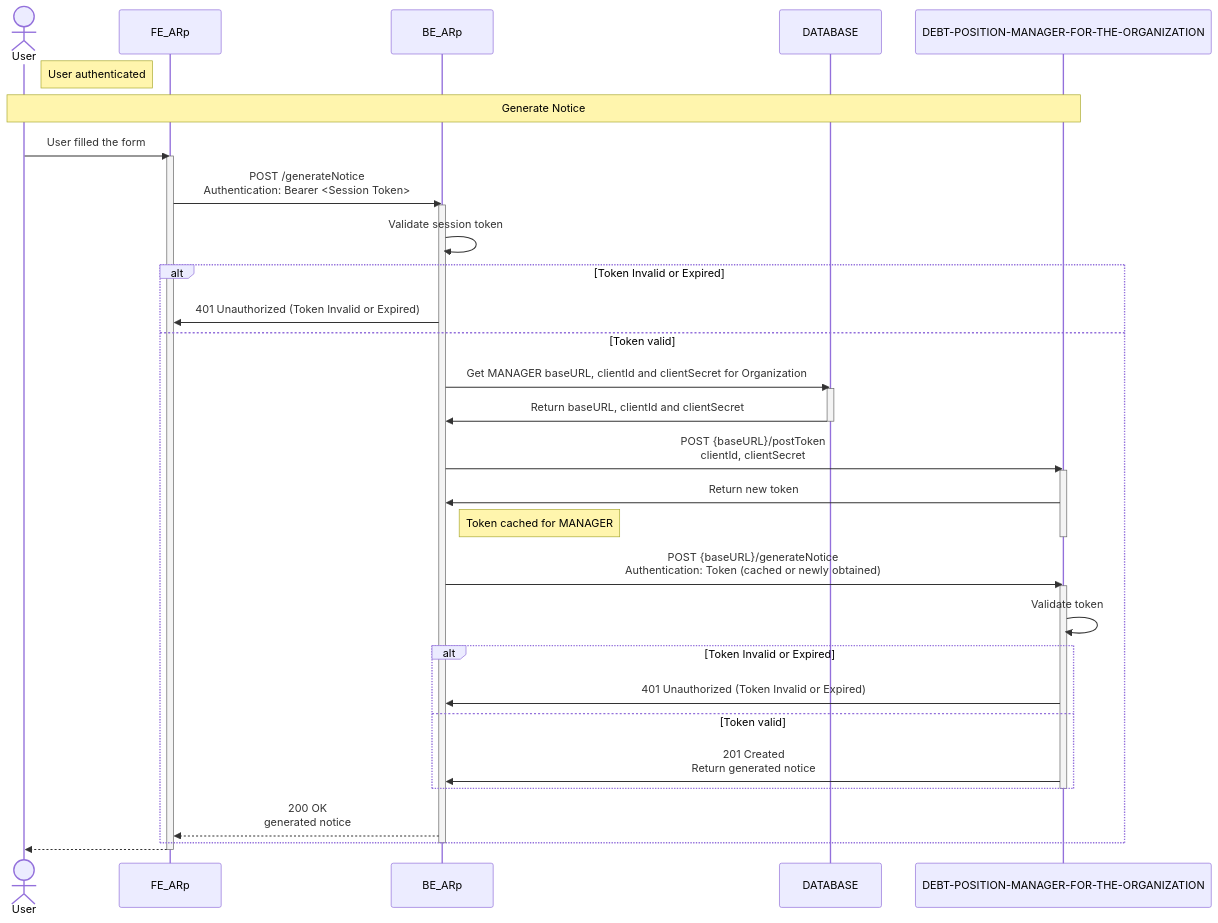
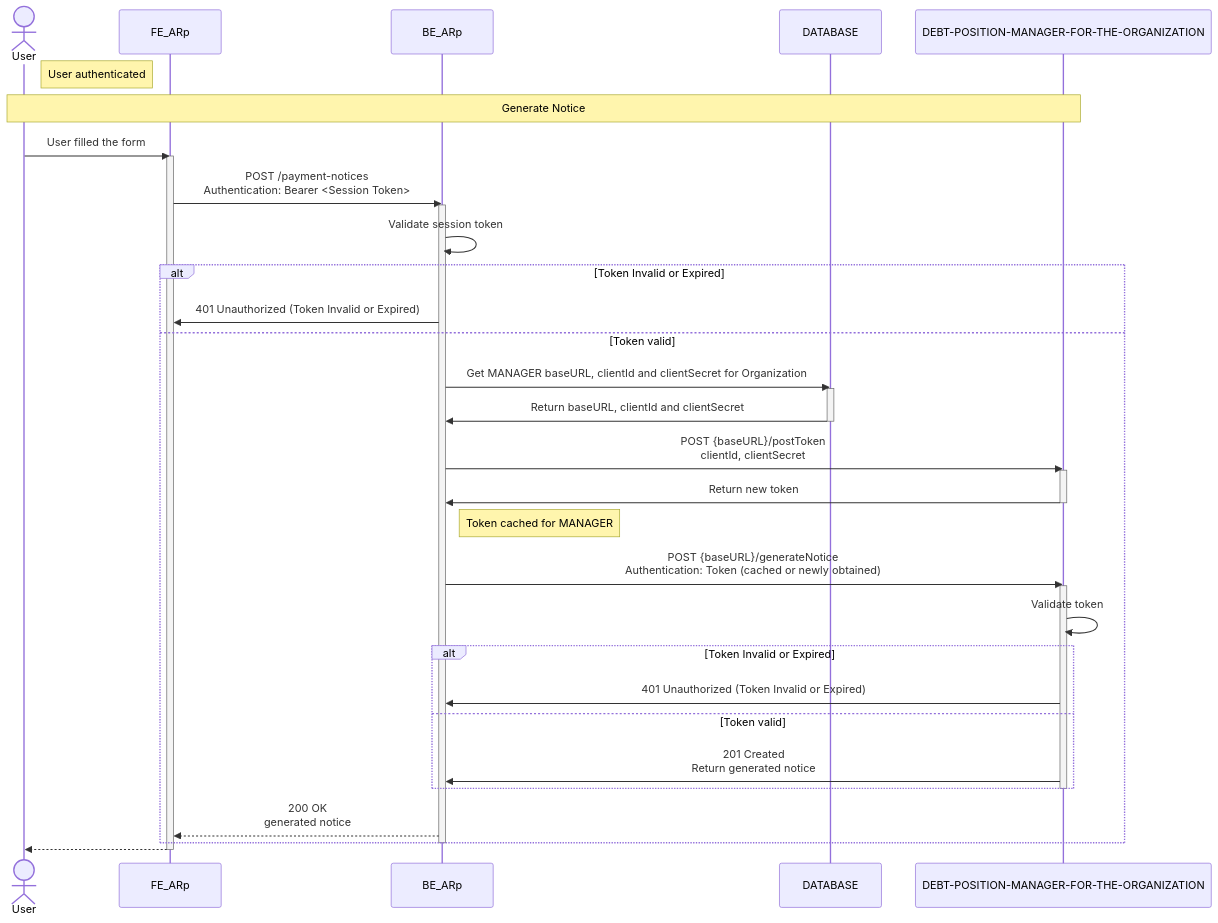
One commit to pagopa/arc-doc changed the diagram in design/arc/spontaneous/sequence_diagram_generate_notice.mmd. Above: the diagram before and after it, drawn with Mermaid. The commit also changed 5 other files, not shown here.

Commit message:
fix: [P4PU-781] sequence diagram payment notice details (#6)

```diff
--- a/design/arc/spontaneous/sequence_diagram_generate_notice.mmd
+++ b/design/arc/spontaneous/sequence_diagram_generate_notice.mmd
@@ -1,45 +1,45 @@
 sequenceDiagram
 
 actor User
 participant FE_ARp
 participant BE_ARp
 participant DB as DATABASE
 participant MANAGER as DEBT-POSITION-MANAGER-FOR-THE-ORGANIZATION
 
 note right of User: User authenticated
 note over User, MANAGER : Generate Notice
 User ->> FE_ARp : User filled the form
 activate FE_ARp
-    FE_ARp ->> BE_ARp : POST /generateNotice <br> Authentication: Bearer <Session Token>
+    FE_ARp ->> BE_ARp : POST /payment-notices <br> Authentication: Bearer <Session Token>
     activate BE_ARp
         BE_ARp ->> BE_ARp : Validate session token
         alt Token Invalid or Expired
             BE_ARp ->> FE_ARp : 401 Unauthorized (Token Invalid or Expired)
         else Token valid
             BE_ARp ->> DB : Get MANAGER baseURL, clientId and clientSecret for Organization
 
             activate DB
                 DB ->> BE_ARp : Return baseURL, clientId and clientSecret
             deactivate DB
 
             BE_ARp ->> MANAGER : POST {baseURL}/postToken <br> clientId, clientSecret
             activate MANAGER
                 MANAGER ->> BE_ARp : Return new token
-                note right of BE_ARp : Token cached for MANAGER
             deactivate MANAGER
+            note right of BE_ARp : Token cached for MANAGER
 
             BE_ARp ->> MANAGER : POST {baseURL}/generateNotice <br> Authentication: Token (cached or newly obtained)
             activate MANAGER
                 MANAGER ->> MANAGER: Validate token
                 alt Token Invalid or Expired
                     MANAGER ->> BE_ARp : 401 Unauthorized (Token Invalid or Expired)
                 else Token valid
                     MANAGER ->> BE_ARp : 201 Created <br> Return generated notice
                 end
             deactivate MANAGER
 
             BE_ARp -->> FE_ARp : 200 OK <br> generated notice
         end
     deactivate BE_ARp
     FE_ARp -->> User: #
 deactivate FE_ARp
```
